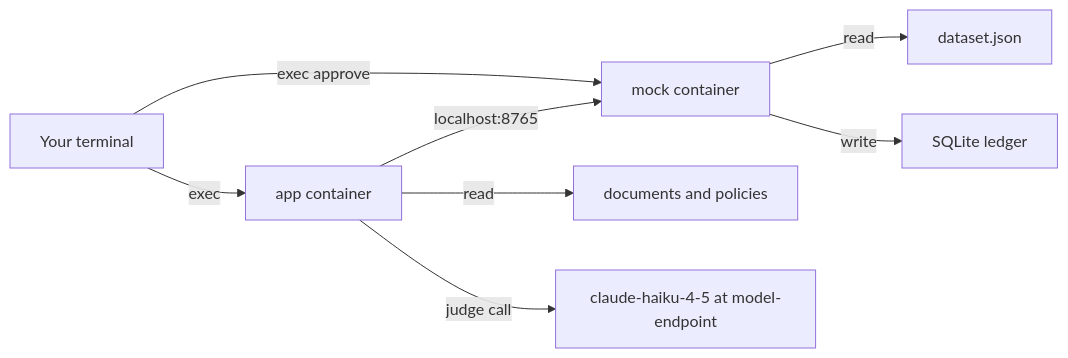
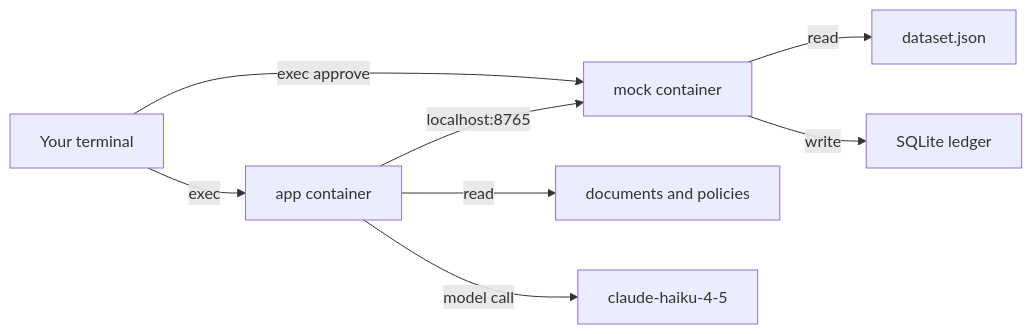
One commit to nachiketht/card-disputes-participant changed the diagram in docs/AZURE_DEPLOY.md. Above: the diagram before and after it, drawn with Mermaid. The commit also changed other lines of this file and 13 other files, not shown here.

````diff
--- a/docs/AZURE_DEPLOY.md
+++ b/docs/AZURE_DEPLOY.md
@@ -50,10 +51,10 @@
 ```mermaid
 flowchart LR
   you[Your terminal] -->|exec| app[app container]
   you -->|exec approve| mock[mock container]
   app -->|localhost:8765| mock
   app -->|read| corpus[documents and policies]
   mock -->|read| fixture[dataset.json]
   mock -->|write| ledger[SQLite ledger]
-  app -->|judge call| judge["claude-haiku-4-5 at model-endpoint"]
+  app -->|model call| judge["claude-haiku-4-5"]
 ```
````
